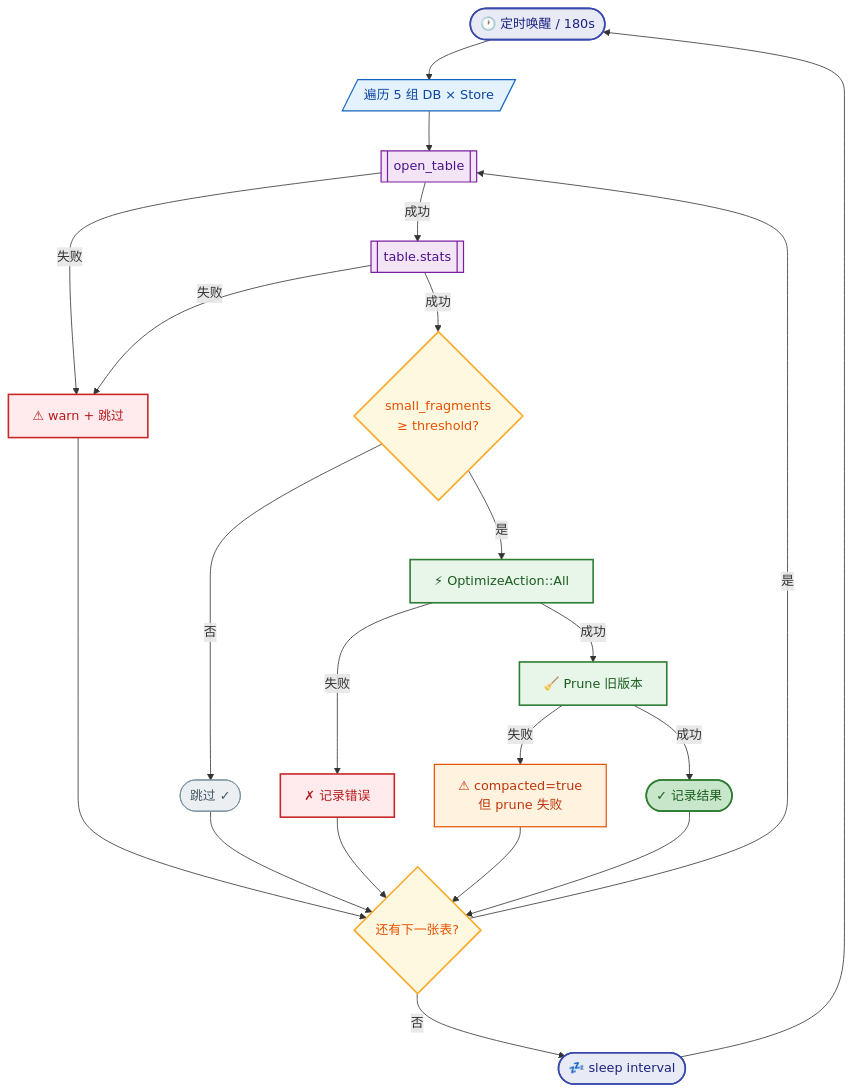
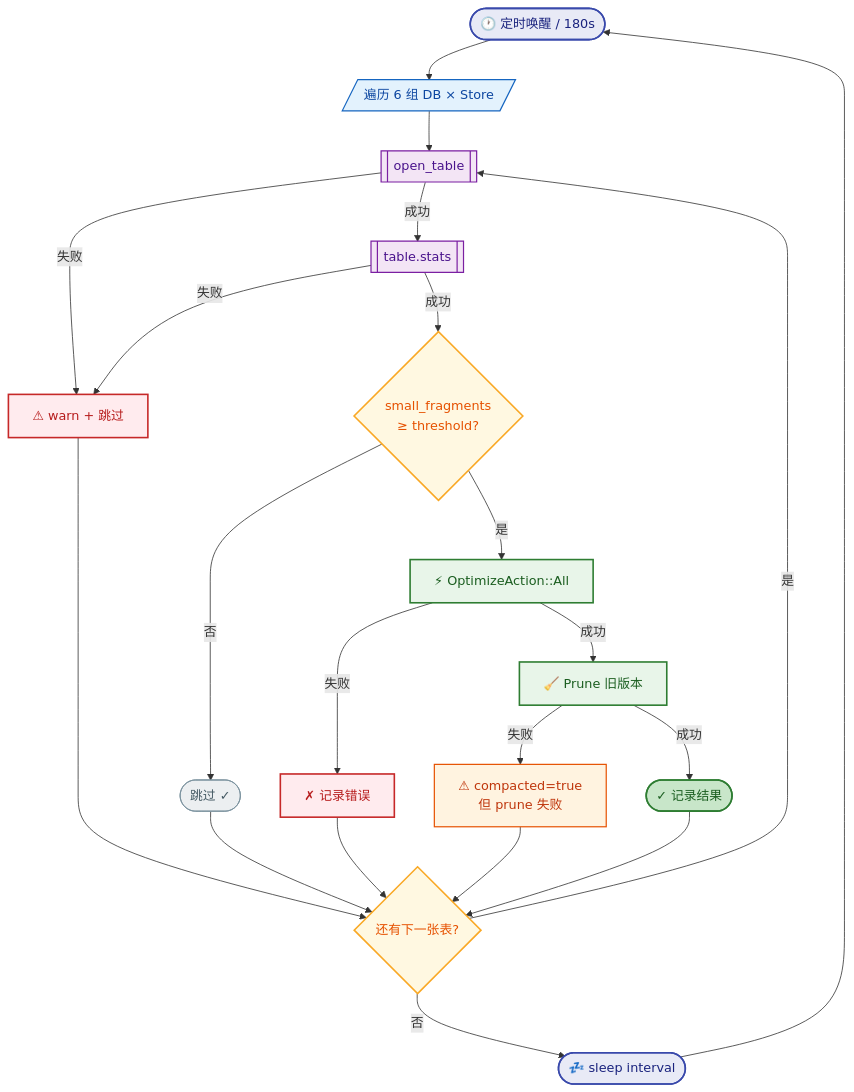
One commit to acking-you/static_flow changed the diagram in docs/unified-lancedb-table-compactor.md. Above: the diagram before and after it, drawn with Mermaid. The commit also changed other lines of this file and 23 other files, not shown here.

````diff
--- a/docs/unified-lancedb-table-compactor.md
+++ b/docs/unified-lancedb-table-compactor.md
@@ -72,33 +72,33 @@
 ```mermaid
 graph TD
-    A([🕐 定时唤醒 / 180s]):::trigger --> B[/遍历 5 组 DB × Store/]:::scan
+    A([🕐 定时唤醒 / 180s]):::trigger --> B[/遍历 6 组 DB × Store/]:::scan
     B --> C[[open_table]]:::io
     C -->|失败| D[⚠ warn + 跳过]:::error
     C -->|成功| E[[table.stats]]:::io
     E -->|失败| D
     E -->|成功| F{small_fragments<br/>≥ threshold?}:::decision
     F -->|否| G([跳过 ✓]):::skip
     F -->|是| H[⚡ OptimizeAction::All]:::compact
     H -->|失败| I[✗ 记录错误]:::error
     H -->|成功| J[🧹 Prune 旧版本]:::compact
     J -->|失败| K[⚠ compacted=true<br/>但 prune 失败]:::warn
     J -->|成功| L([✓ 记录结果]):::success
     G --> M{还有下一张表?}:::decision
     K --> M
     L --> M
     D --> M
     I --> M
     M -->|是| C
     M -->|否| N([💤 sleep interval]):::trigger
     N --> A
 
     classDef trigger fill:#e8eaf6,stroke:#3949ab,stroke-width:2px,color:#1a237e
     classDef scan fill:#e3f2fd,stroke:#1565c0,stroke-width:1.5px,color:#0d47a1
     classDef io fill:#f3e5f5,stroke:#7b1fa2,stroke-width:1.5px,color:#4a148c
     classDef decision fill:#fff8e1,stroke:#f9a825,stroke-width:2px,color:#e65100
     classDef compact fill:#e8f5e9,stroke:#2e7d32,stroke-width:2px,color:#1b5e20
     classDef success fill:#c8e6c9,stroke:#2e7d32,stroke-width:2px,color:#1b5e20
     classDef skip fill:#eceff1,stroke:#78909c,stroke-width:1px,color:#455a64
     classDef error fill:#ffebee,stroke:#c62828,stroke-width:2px,color:#b71c1c
     classDef warn fill:#fff3e0,stroke:#e65100,stroke-width:1.5px,color:#bf360c
 ```
````
